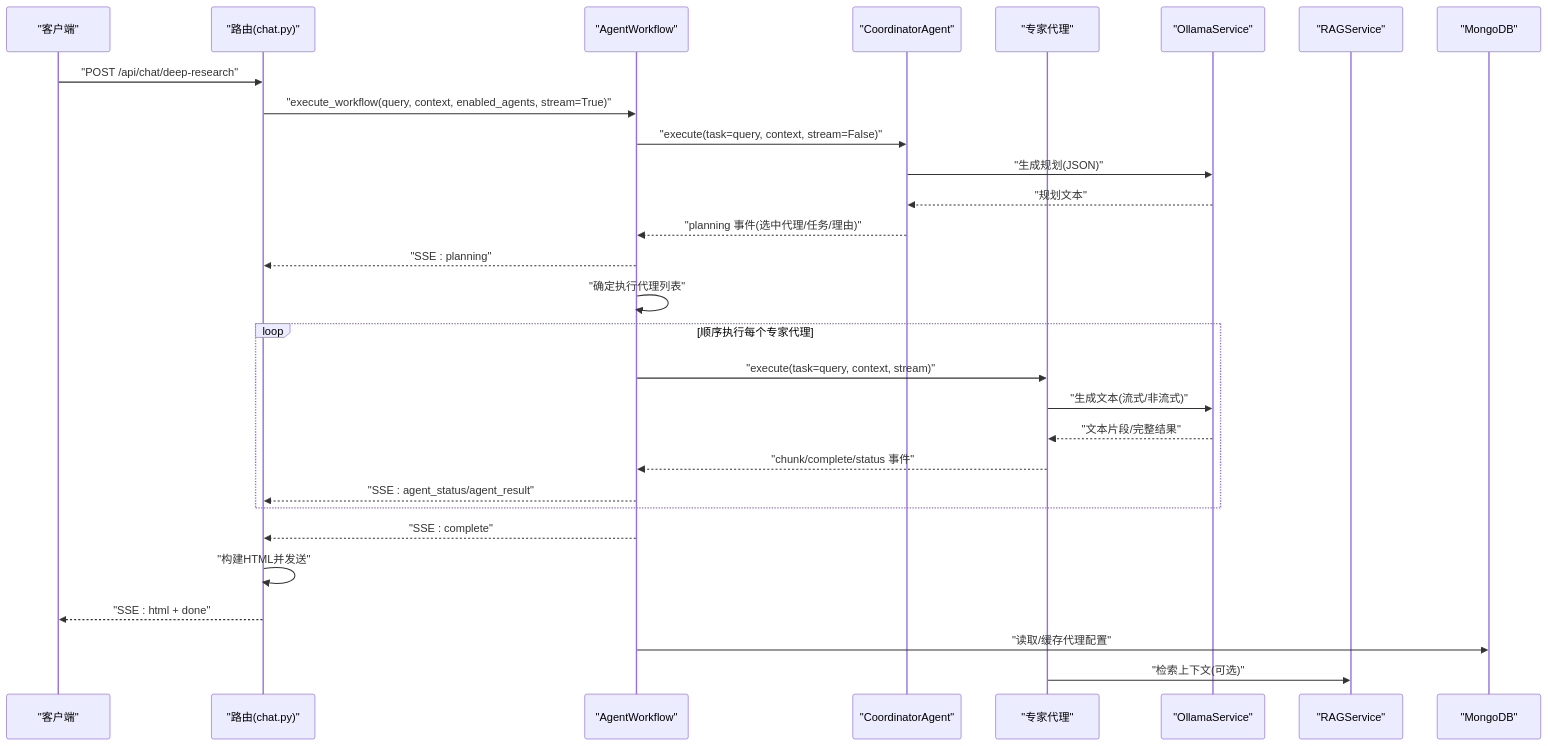
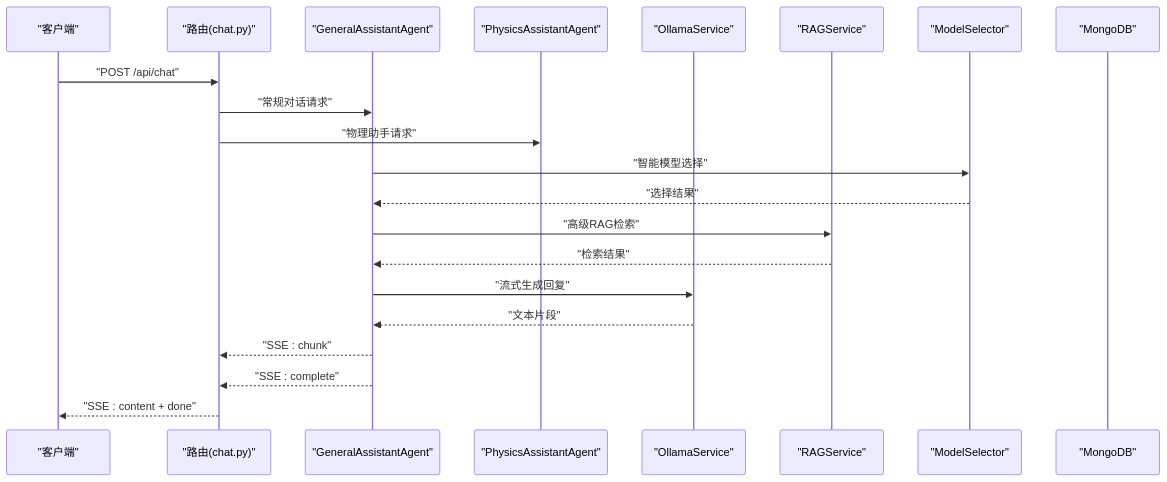
The second of 7 diagrams in .qoder/repowiki/zh/content/核心功能模块/AI代理系统/代理工作流编排.md (iammm0/advanced-rag), drawn with Mermaid before and after one commit. The commit also changed other lines of this file and 12 other files, not shown here.

````diff
--- a/.qoder/repowiki/zh/content/核心功能模块/AI代理系统/代理工作流编排.md
+++ b/.qoder/repowiki/zh/content/核心功能模块/AI代理系统/代理工作流编排.md
@@ -115,31 +112,23 @@
 ```mermaid
 sequenceDiagram
 participant Client as "客户端"
 participant Router as "路由(chat.py)"
-participant WF as "AgentWorkflow"
-participant Coord as "CoordinatorAgent"
-participant Expert as "专家代理"
+participant GA as "GeneralAssistantAgent"
+participant PA as "PhysicsAssistantAgent"
 participant Ollama as "OllamaService"
 participant RAG as "RAGService"
+participant ModelSel as "ModelSelector"
 participant Mongo as "MongoDB"
-Client->>Router : "POST /api/chat/deep-research"
-Router->>WF : "execute_workflow(query, context, enabled_agents, stream=True)"
-WF->>Coord : "execute(task=query, context, stream=False)"
-Coord->>Ollama : "生成规划(JSON)"
-Ollama-->>Coord : "规划文本"
-Coord-->>WF : "planning 事件(选中代理/任务/理由)"
-WF-->>Router : "SSE : planning"
-WF->>WF : "确定执行代理列表"
-loop 顺序执行每个专家代理
-WF->>Expert : "execute(task=query, context, stream)"
-Expert->>Ollama : "生成文本(流式/非流式)"
-Ollama-->>Expert : "文本片段/完整结果"
-Expert-->>WF : "chunk/complete/status 事件"
-WF-->>Router : "SSE : agent_status/agent_result"
-end
-WF-->>Router : "SSE : complete"
-Router->>Router : "构建HTML并发送"
-Router-->>Client : "SSE : html + done"
-WF->>Mongo : "读取/缓存代理配置"
-Expert->>RAG : "检索上下文(可选)"
+Client->>Router : "POST /api/chat"
+Router->>GA : "常规对话请求"
+Router->>PA : "物理助手请求"
+GA->>ModelSel : "智能模型选择"
+ModelSel-->>GA : "选择结果"
+GA->>RAG : "高级RAG检索"
+RAG-->>GA : "检索结果"
+GA->>Ollama : "流式生成回复"
+Ollama-->>GA : "文本片段"
+GA-->>Router : "SSE : chunk"
+GA-->>Router : "SSE : complete"
+Router-->>Client : "SSE : content + done"
 ```
````
